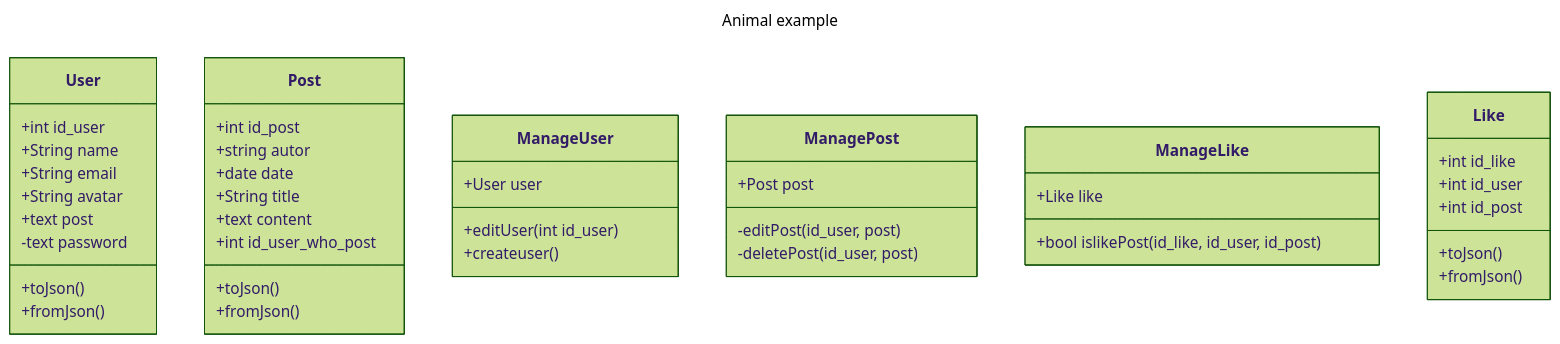
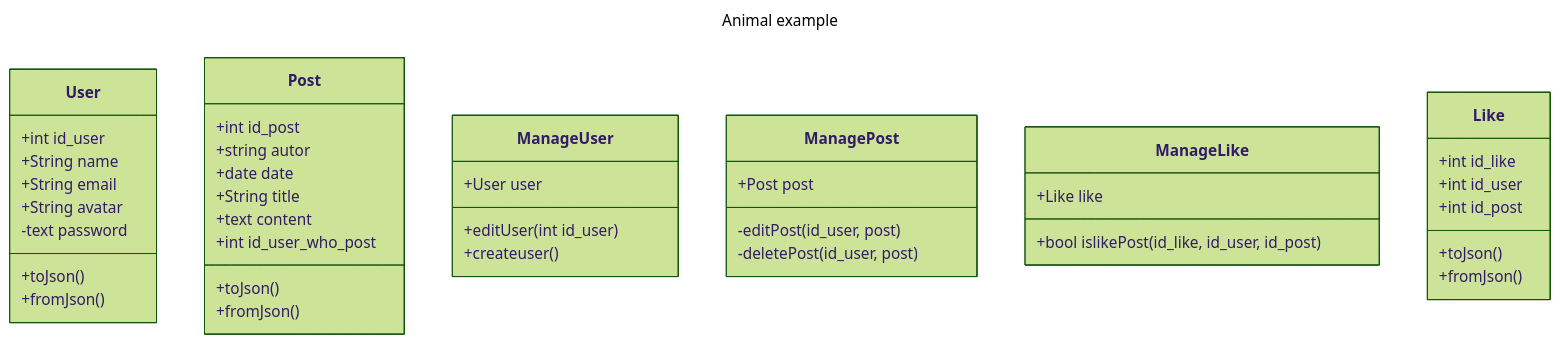
Before and after one commit to Yezir971/neovook: the diagram in diagramm/class.md, drawn with Mermaid (forest theme). The commit also changed 5 other files, not shown here.

`````diff
--- a/diagramm/class.md
+++ b/diagramm/class.md
@@ -1,52 +1,51 @@
 ```mermaid
 ---
 title: Animal example
 ---
 classDiagram
-
+    
 
     class User{
         +int id_user
         +String name
         +String email
         +String avatar
-        +text post
         -text password
         +toJson()
         +fromJson()
     }
     class Post{
         +int id_post
         +string autor
         +date date
         +String title
         +text content
 
         +int id_user_who_post
         +toJson()
         +fromJson()
     }
 
     class ManageUser{
         +User user
         +editUser(int id_user)
         +createuser()
     }
     class ManagePost{
         +Post post
         -editPost(id_user, post)
         -deletePost(id_user, post)
     }
     class ManageLike{
         +Like like
         +bool islikePost(id_like, id_user, id_post)
     }
     class Like{
         +int id_like
         +int id_user
         +int id_post
         +toJson()
         +fromJson()
     }
      
 ````
`````
